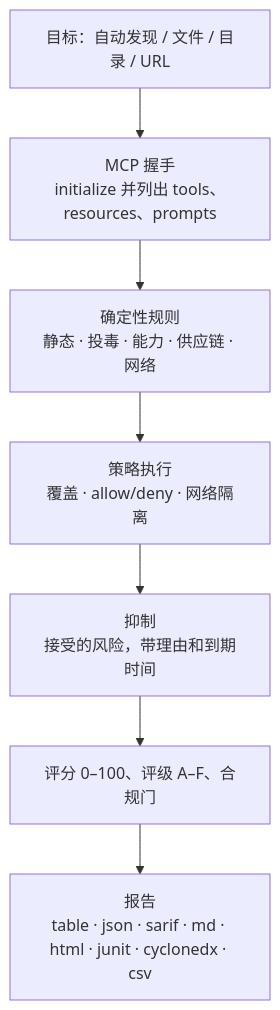
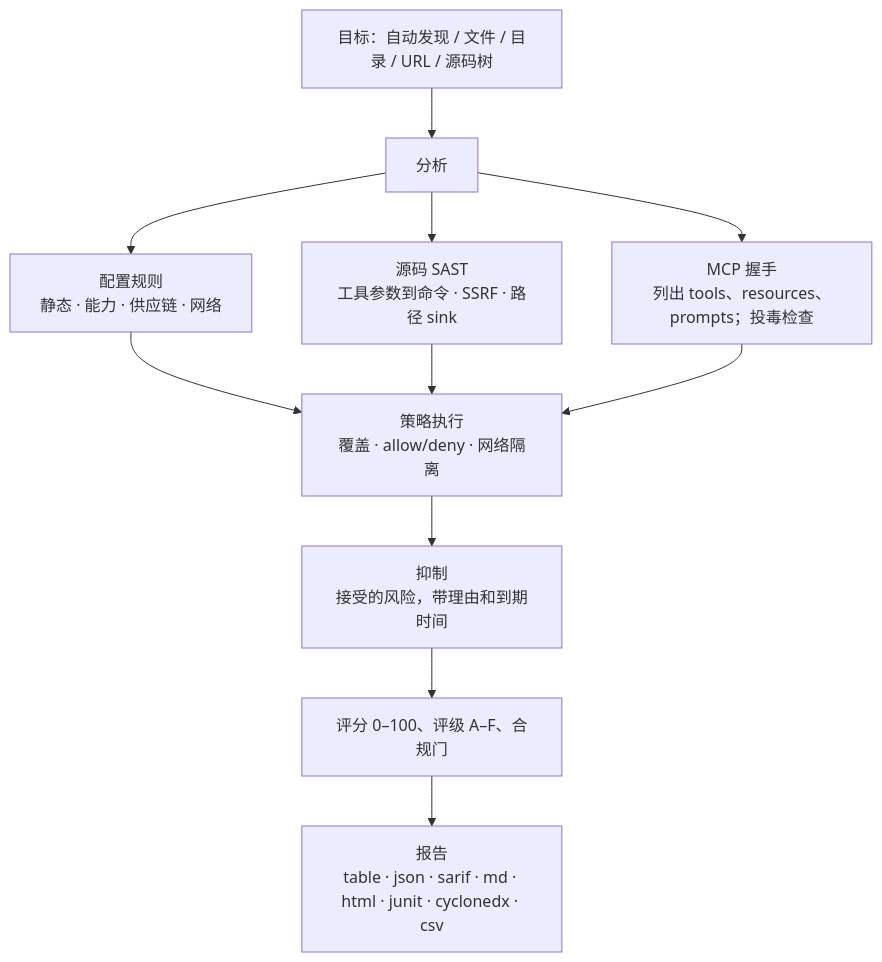
Before and after one commit to HUA503/mcprism: the diagram in README.zh-CN.md, drawn with Mermaid. The commit also changed other lines of this file and 20 other files, not shown here.

First line of the commit message:
feat: source-code review (SAST) for MCP server implementations

````diff
--- a/README.zh-CN.md
+++ b/README.zh-CN.md
@@ -287,9 +354,13 @@
 ```mermaid
 flowchart TD
-  A[目标：自动发现 / 文件 / 目录 / URL] --> B[MCP 握手<br/>initialize 并列出 tools、resources、prompts]
-  B --> C[确定性规则<br/>静态 · 投毒 · 能力 · 供应链 · 网络]
-  C --> D[策略执行<br/>覆盖 · allow/deny · 网络隔离]
+  A[目标：自动发现 / 文件 / 目录 / URL / 源码树] --> B[分析]
+  B --> B1[配置规则<br/>静态 · 能力 · 供应链 · 网络]
+  B --> B2[源码 SAST<br/>工具参数到命令 · SSRF · 路径 sink]
+  B --> B3[MCP 握手<br/>列出 tools、resources、prompts；投毒检查]
+  B1 --> D[策略执行<br/>覆盖 · allow/deny · 网络隔离]
+  B2 --> D
+  B3 --> D
   D --> E[抑制<br/>接受的风险，带理由和到期时间]
   E --> F[评分 0–100、评级 A–F、合规门]
   F --> G[报告<br/>table · json · sarif · md · html · junit · cyclonedx · csv]
 ```
````
